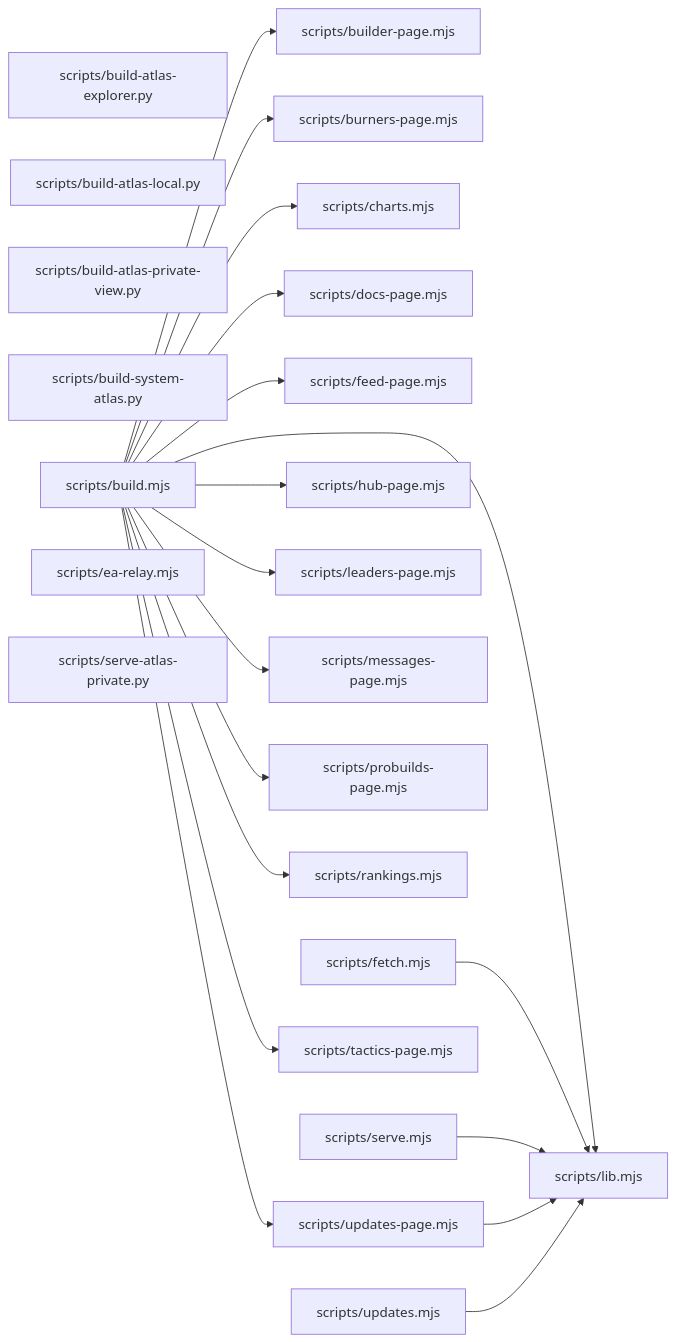
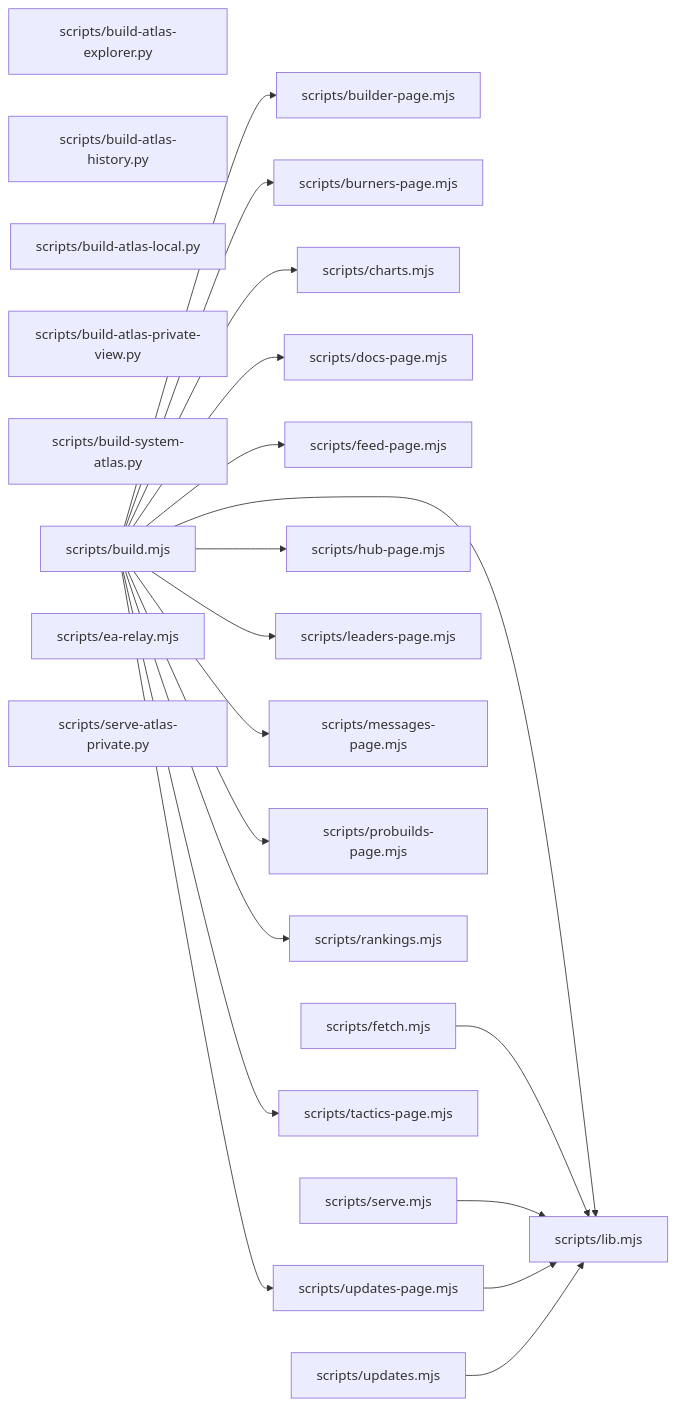
One commit to devroadtosucces15-boop/Norex-United-FC changed the diagram in PLANNING/system-atlas/layer-scripts.md. Above: the diagram before and after it, drawn with Mermaid. The commit also changed 4 other files, not shown here.

Commit message:
docs: refresh living system atlas [skip ci]

````diff
--- a/PLANNING/system-atlas/layer-scripts.md
+++ b/PLANNING/system-atlas/layer-scripts.md
@@ -5,43 +5,44 @@
 ```mermaid
 flowchart LR
   n0["scripts/build-atlas-explorer.py"]
-  n1["scripts/build-atlas-local.py"]
-  n2["scripts/build-atlas-private-view.py"]
-  n3["scripts/build-system-atlas.py"]
-  n4["scripts/build.mjs"]
-  n5["scripts/builder-page.mjs"]
-  n6["scripts/burners-page.mjs"]
-  n7["scripts/charts.mjs"]
-  n8["scripts/docs-page.mjs"]
-  n9["scripts/ea-relay.mjs"]
-  n10["scripts/feed-page.mjs"]
-  n11["scripts/fetch.mjs"]
-  n12["scripts/hub-page.mjs"]
-  n13["scripts/leaders-page.mjs"]
-  n14["scripts/lib.mjs"]
-  n15["scripts/messages-page.mjs"]
-  n16["scripts/probuilds-page.mjs"]
-  n17["scripts/rankings.mjs"]
-  n18["scripts/serve-atlas-private.py"]
-  n19["scripts/serve.mjs"]
-  n20["scripts/tactics-page.mjs"]
-  n21["scripts/updates-page.mjs"]
-  n22["scripts/updates.mjs"]
-  n4 --> n5
-  n4 --> n6
-  n4 --> n7
-  n4 --> n8
-  n4 --> n10
-  n4 --> n12
-  n4 --> n13
-  n4 --> n14
-  n4 --> n15
-  n4 --> n16
-  n4 --> n17
-  n4 --> n20
-  n4 --> n21
-  n11 --> n14
-  n19 --> n14
-  n21 --> n14
-  n22 --> n14
+  n1["scripts/build-atlas-history.py"]
+  n2["scripts/build-atlas-local.py"]
+  n3["scripts/build-atlas-private-view.py"]
+  n4["scripts/build-system-atlas.py"]
+  n5["scripts/build.mjs"]
+  n6["scripts/builder-page.mjs"]
+  n7["scripts/burners-page.mjs"]
+  n8["scripts/charts.mjs"]
+  n9["scripts/docs-page.mjs"]
+  n10["scripts/ea-relay.mjs"]
+  n11["scripts/feed-page.mjs"]
+  n12["scripts/fetch.mjs"]
+  n13["scripts/hub-page.mjs"]
+  n14["scripts/leaders-page.mjs"]
+  n15["scripts/lib.mjs"]
+  n16["scripts/messages-page.mjs"]
+  n17["scripts/probuilds-page.mjs"]
+  n18["scripts/rankings.mjs"]
+  n19["scripts/serve-atlas-private.py"]
+  n20["scripts/serve.mjs"]
+  n21["scripts/tactics-page.mjs"]
+  n22["scripts/updates-page.mjs"]
+  n23["scripts/updates.mjs"]
+  n5 --> n6
+  n5 --> n7
+  n5 --> n8
+  n5 --> n9
+  n5 --> n11
+  n5 --> n13
+  n5 --> n14
+  n5 --> n15
+  n5 --> n16
+  n5 --> n17
+  n5 --> n18
+  n5 --> n21
+  n5 --> n22
+  n12 --> n15
+  n20 --> n15
+  n22 --> n15
+  n23 --> n15
 ```
````
